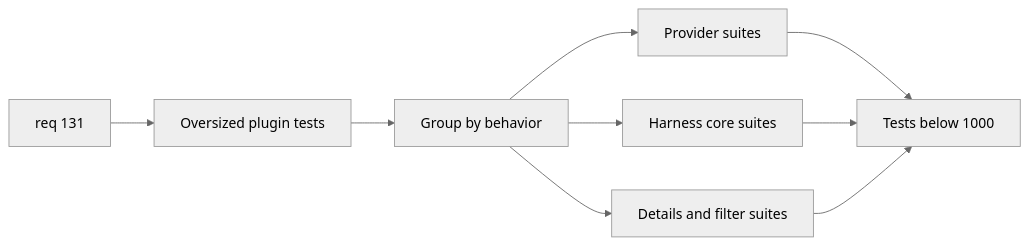
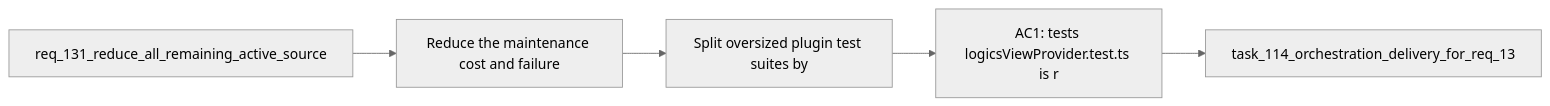
One commit to AlexAgo83/logics-manager changed the diagram in logics/backlog/item_248_split_oversized_plugin_test_suites_by_behavior_domain_below_1000_lines.md. Above: the diagram before and after it, drawn with Mermaid (neutral theme). The commit also changed 481 other files, not shown here.

````diff
--- a/logics/backlog/item_248_split_oversized_plugin_test_suites_by_behavior_domain_below_1000_lines.md
+++ b/logics/backlog/item_248_split_oversized_plugin_test_suites_by_behavior_domain_below_1000_lines.md
@@ -28,13 +28,9 @@
 ```mermaid
 %% logics-kind: backlog
 %% logics-signature: backlog|split-oversized-plugin-test-suites-by-be|req-131-reduce-all-remaining-active-sour|reduce-the-maintenance-cost-and-failure|ac1-tests-logicsviewprovider-test-ts-is-
 flowchart LR
-    A[req 131] --> B[Oversized plugin tests]
-    B --> C[Group by behavior]
-    C --> D[Provider suites]
-    C --> E[Harness core suites]
-    C --> F[Details and filter suites]
-    D --> G[Tests below 1000]
-    E --> G
-    F --> G
+    Request[req_131_reduce_all_remaining_active_source] --> Problem[Reduce the maintenance cost and failure]
+    Problem --> Scope[Split oversized plugin test suites by]
+    Scope --> Acceptance[AC1: tests logicsViewProvider.test.ts is r]
+    Acceptance --> Tasks[task_114_orchestration_delivery_for_req_13]
 ```
````
